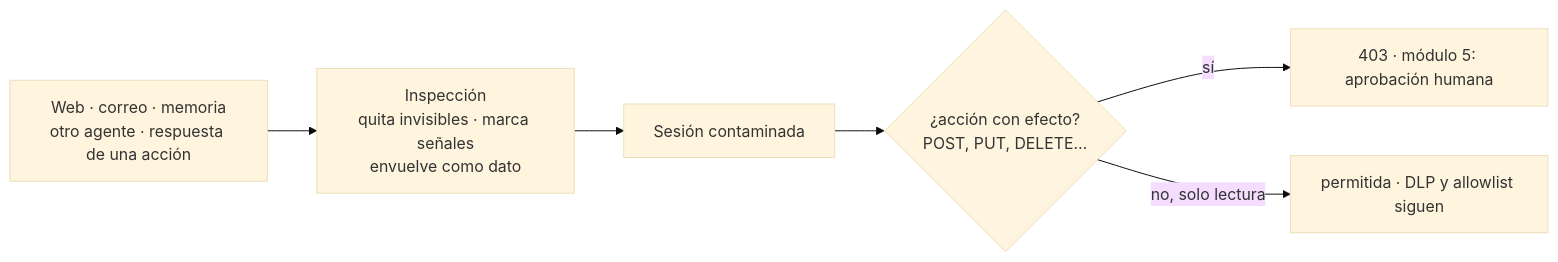
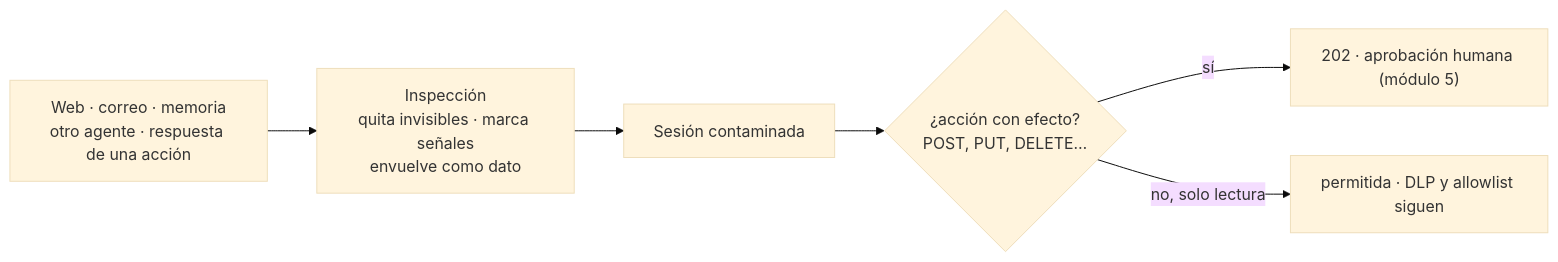
Before and after one commit to Alex-mk2/AgentGuard: the seventh of 9 diagrams in README.md, drawn with Mermaid (base theme). The commit also changed other lines of this file and 51 other files, not shown here.

````diff
--- a/README.md
+++ b/README.md
@@ -263,8 +266,8 @@
 ```mermaid
 flowchart LR
     W["Web · correo · memoria<br/>otro agente · respuesta de una acción"] --> I["Inspección<br/>quita invisibles · marca señales<br/>envuelve como dato"]
     I --> C["Sesión contaminada"]
     C --> Q{"¿acción con efecto?<br/>POST, PUT, DELETE…"}
-    Q -->|sí| X["403 · módulo 5: aprobación humana"]
+    Q -->|sí| X["202 · aprobación humana (módulo 5)"]
     Q -->|"no, solo lectura"| OK["permitida · DLP y allowlist siguen"]
 ```
````
